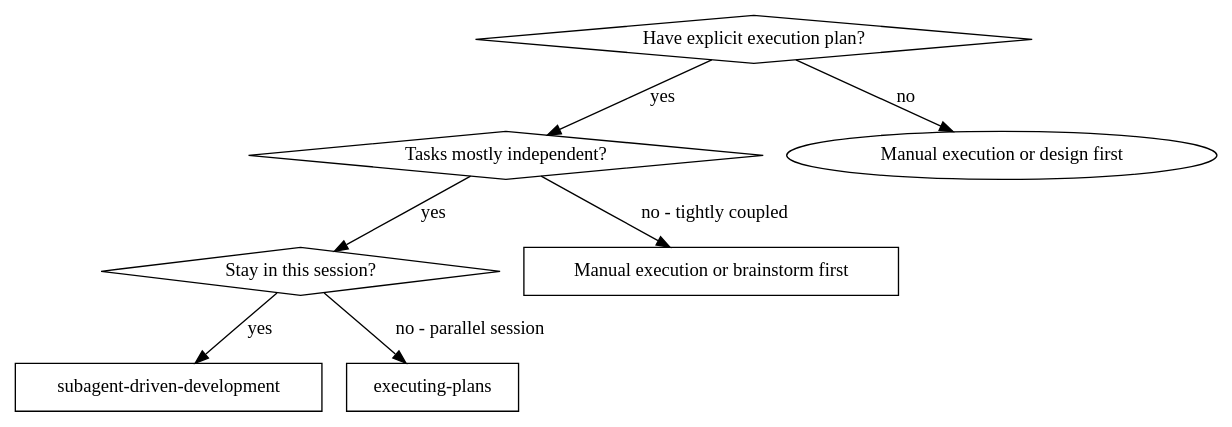
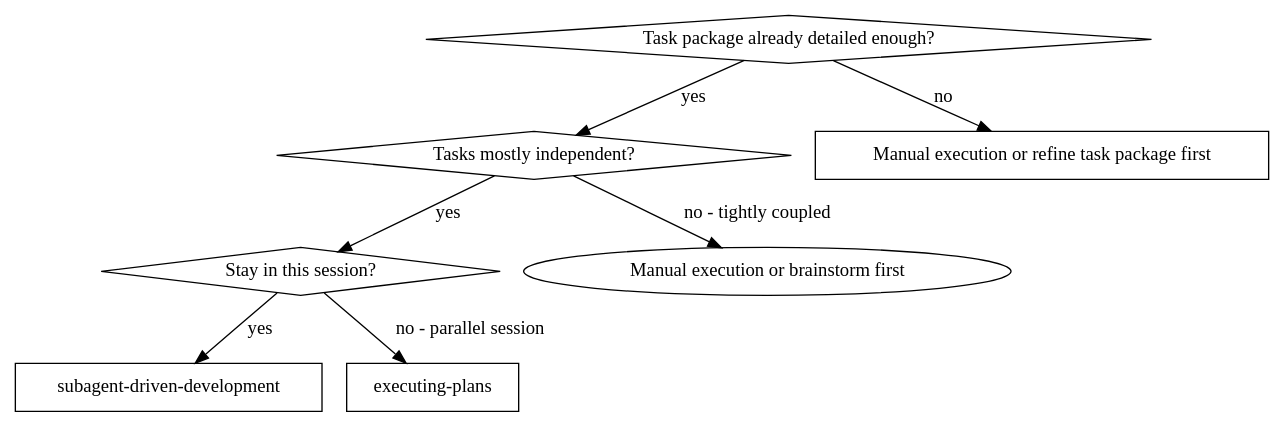
The first of 2 diagrams in skills/subagent-driven-development/SKILL.md (Krual-T/OpenHarness), drawn with Graphviz before and after one commit. The commit also changed other lines of this file and 5 other files, not shown here.

Commit message:
fix: align workflow skills with task package semantics

````diff
--- a/skills/subagent-driven-development/SKILL.md
+++ b/skills/subagent-driven-development/SKILL.md
@@ -16,17 +16,17 @@
 ```dot
 digraph when_to_use {
-    "Have explicit execution plan?" [shape=diamond];
+    "Task package already detailed enough?" [shape=diamond];
     "Tasks mostly independent?" [shape=diamond];
     "Stay in this session?" [shape=diamond];
     "subagent-driven-development" [shape=box];
     "executing-plans" [shape=box];
-    "Manual execution or brainstorm first" [shape=box];
+    "Manual execution or refine task package first" [shape=box];
 
-    "Have explicit execution plan?" -> "Tasks mostly independent?" [label="yes"];
-    "Have explicit execution plan?" -> "Manual execution or design first" [label="no"];
+    "Task package already detailed enough?" -> "Tasks mostly independent?" [label="yes"];
+    "Task package already detailed enough?" -> "Manual execution or refine task package first" [label="no"];
     "Tasks mostly independent?" -> "Stay in this session?" [label="yes"];
     "Tasks mostly independent?" -> "Manual execution or brainstorm first" [label="no - tightly coupled"];
     "Stay in this session?" -> "subagent-driven-development" [label="yes"];
     "Stay in this session?" -> "executing-plans" [label="no - parallel session"];
 }
 ```
````
